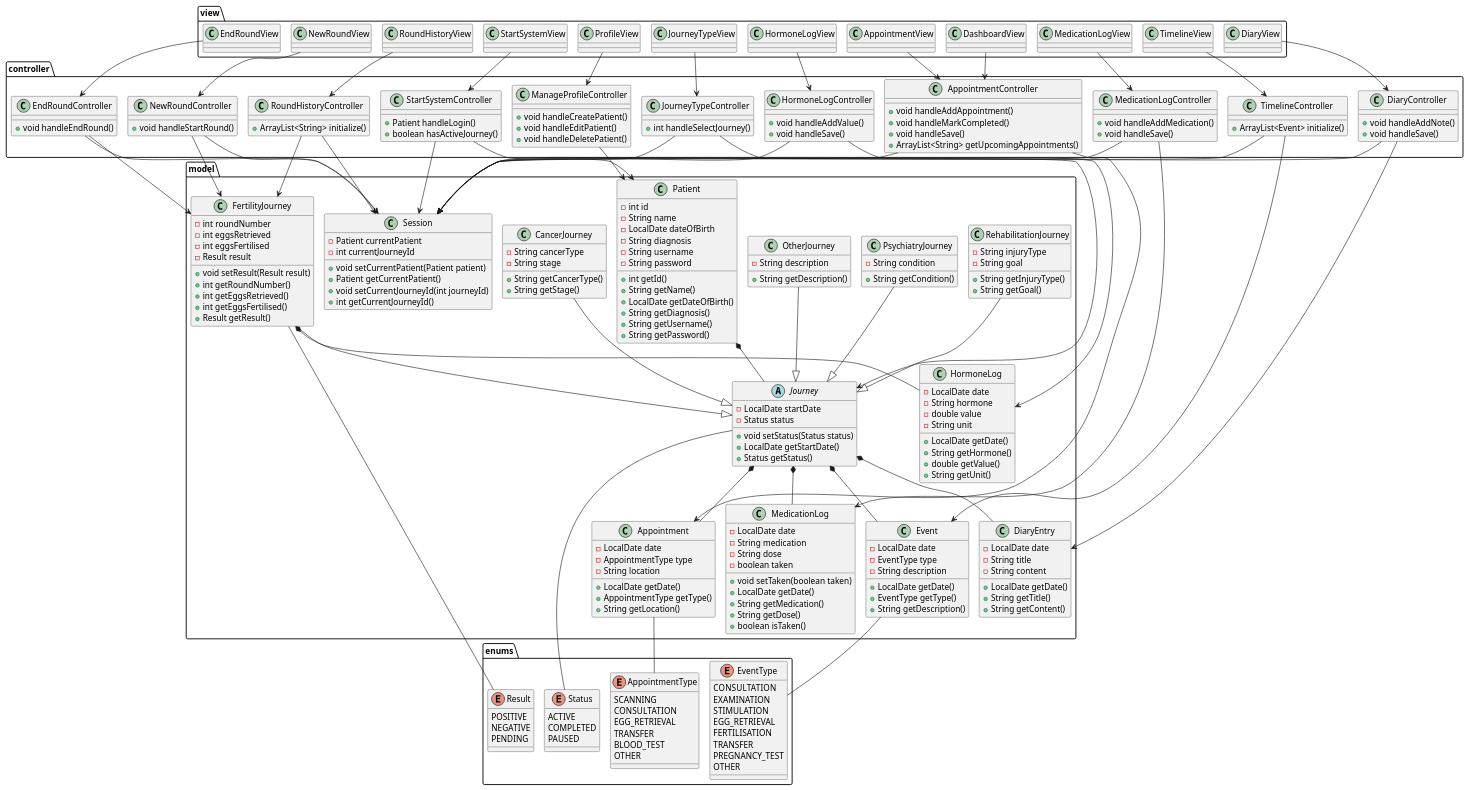
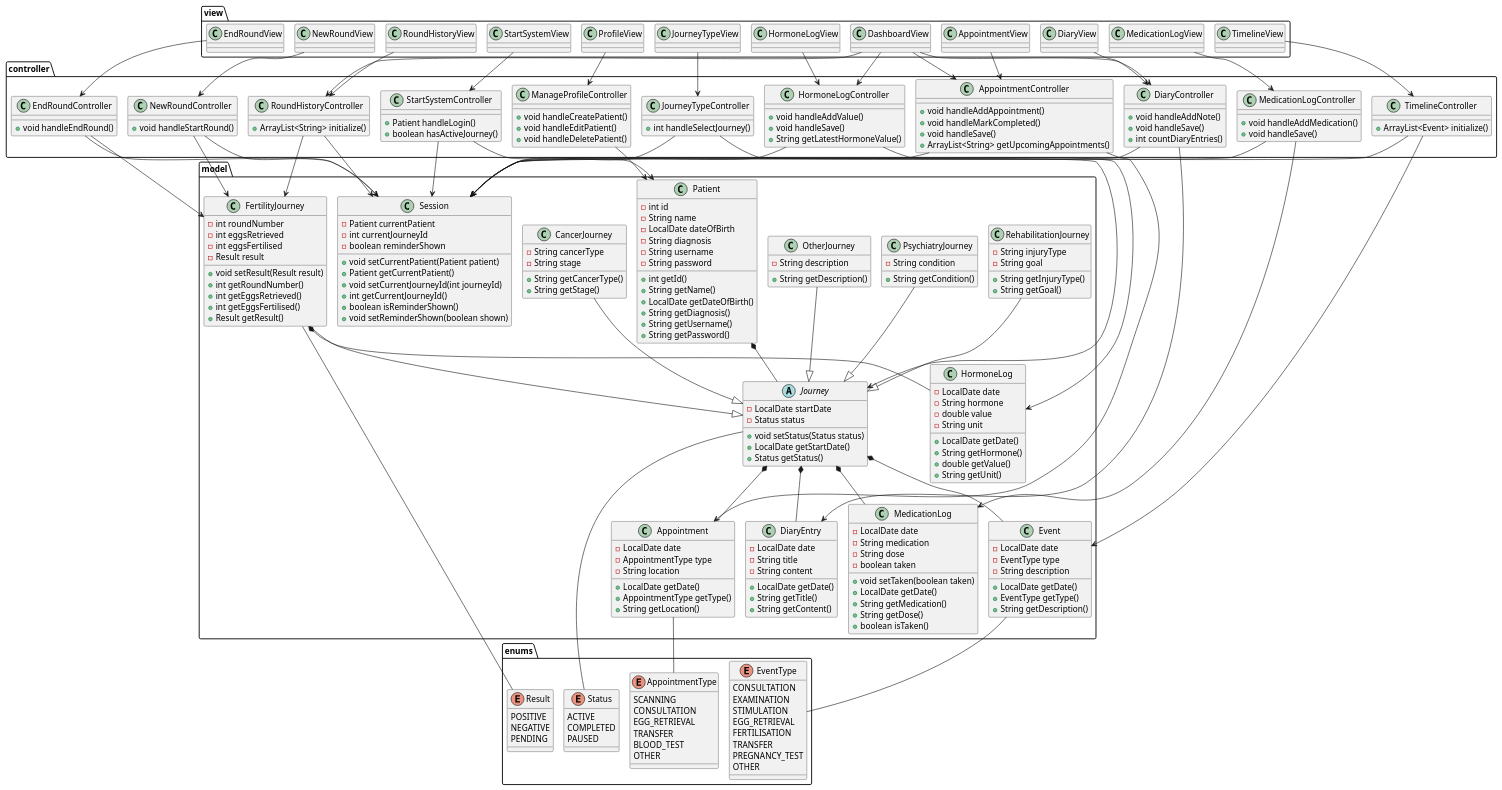
One commit to BesimaP/SP4---MiniSP changed the diagram in doc/static/Klassediagram3.puml. Above: the diagram before and after it, drawn with PlantUML. The commit also changed 1 other file, not shown here.

Commit message:
klassediagram opdateret

```diff
--- a/doc/static/Klassediagram3.puml
+++ b/doc/static/Klassediagram3.puml
@@ -28,10 +28,13 @@
   class Session {
     - Patient currentPatient
     - int currentJourneyId
+    - boolean reminderShown
     + void setCurrentPatient(Patient patient)
     + Patient getCurrentPatient()
     + void setCurrentJourneyId(int journeyId)
     + int getCurrentJourneyId()
+    + boolean isReminderShown()
+    + void setReminderShown(boolean shown)
   }
 
   class FertilityJourney {
@@ -200,6 +203,7 @@
   class HormoneLogController {
     + void handleAddValue()
     + void handleSave()
+    + String getLatestHormoneValue()
   }
 
   class MedicationLogController {
@@ -214,6 +218,7 @@
   class DiaryController {
     + void handleAddNote()
     + void handleSave()
+    + int countDiaryEntries()
   }
 
   class RoundHistoryController {
@@ -238,6 +243,9 @@
 RoundHistoryView --> RoundHistoryController
 EndRoundView --> EndRoundController
 DashboardView --> AppointmentController
+DashboardView --> HormoneLogController
+DashboardView --> DiaryController
+DashboardView --> RoundHistoryController
 
 ' CONTROLLER -> MODEL
 StartSystemController --> Patient
```
